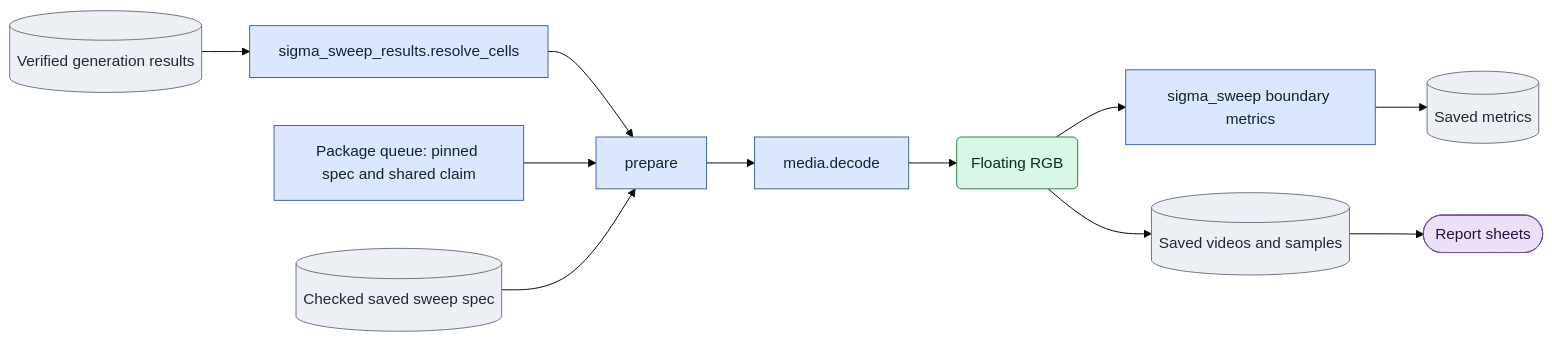
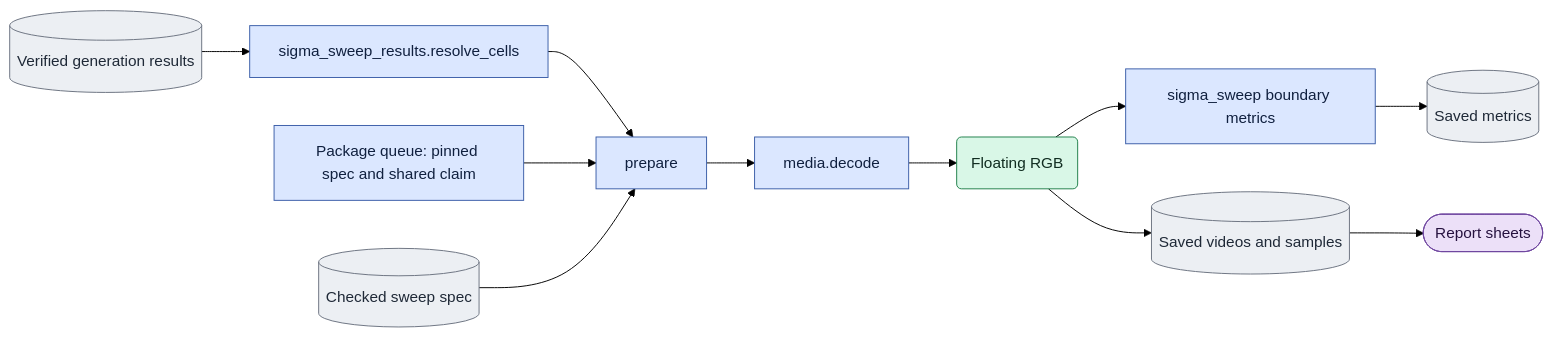
The diagram in scripts/onestep_avatar/doc/experiments/sigma_sweep.md (AtlantixJJ/LTX-2), drawn with Mermaid (forest theme) before and after one commit. The commit also changed other lines of this file and 136 other files, not shown here.

````diff
--- a/scripts/onestep_avatar/doc/experiments/sigma_sweep.md
+++ b/scripts/onestep_avatar/doc/experiments/sigma_sweep.md
@@ -42,21 +36,21 @@
 ```mermaid
 flowchart LR
   results[(Verified generation results)] --> resolve[sigma_sweep_results.resolve_cells]
   resolve --> preflight
   queue[Package queue: pinned spec and shared claim] --> preflight
-  spec[(Checked saved sweep spec)] --> preflight[prepare]
+  spec[(Checked sweep spec)] --> preflight[prepare]
   preflight --> decode[media.decode]
   decode --> pixels(Floating RGB)
   pixels --> score[sigma_sweep boundary metrics]
   pixels --> samples[(Saved videos and samples)]
   score --> metrics[(Saved metrics)]
   samples --> report([Report sheets])
   classDef code fill:#dbe7ff,stroke:#3b5ea8,color:#10203f;
   classDef disk fill:#eceff3,stroke:#6b7280,color:#1f2937;
   classDef tensor fill:#d9f7e7,stroke:#20804b,color:#102c20;
   classDef out fill:#ece0f8,stroke:#7048a0,color:#26123f;
   class queue,resolve,preflight,decode,score code;
   class results,spec,samples,metrics disk;
   class pixels tensor;
   class report out;
 ```
````
